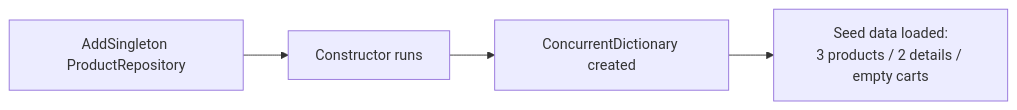
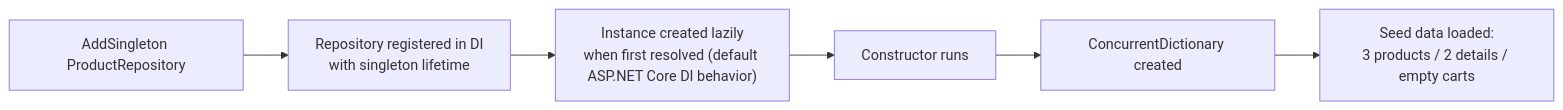
Diagram 41 of 50 in docs/APPLICATION_ARCHITECTURE.md (AnujKumar1995/Ecomm.BackendSystem_dotnet), drawn with Mermaid before and after one commit. The commit also changed other lines of this file, not shown here.

Commit message:
Update docs/APPLICATION_ARCHITECTURE.md
updated

````diff
--- a/docs/APPLICATION_ARCHITECTURE.md
+++ b/docs/APPLICATION_ARCHITECTURE.md
@@ -1113,6 +1113,8 @@
 ```mermaid
 graph LR
-    R["AddSingleton ProductRepository"] --> C["Constructor runs"]
+    R["AddSingleton ProductRepository"] --> DI["Repository registered in DI<br/>with singleton lifetime"]
+    DI --> L["Instance created lazily<br/>when first resolved (default ASP.NET Core DI behavior)"]
+    L --> C["Constructor runs"]
     C --> S["ConcurrentDictionary created"]
     S --> D["Seed data loaded:<br/>3 products / 2 details / empty carts"]
 ```
````
